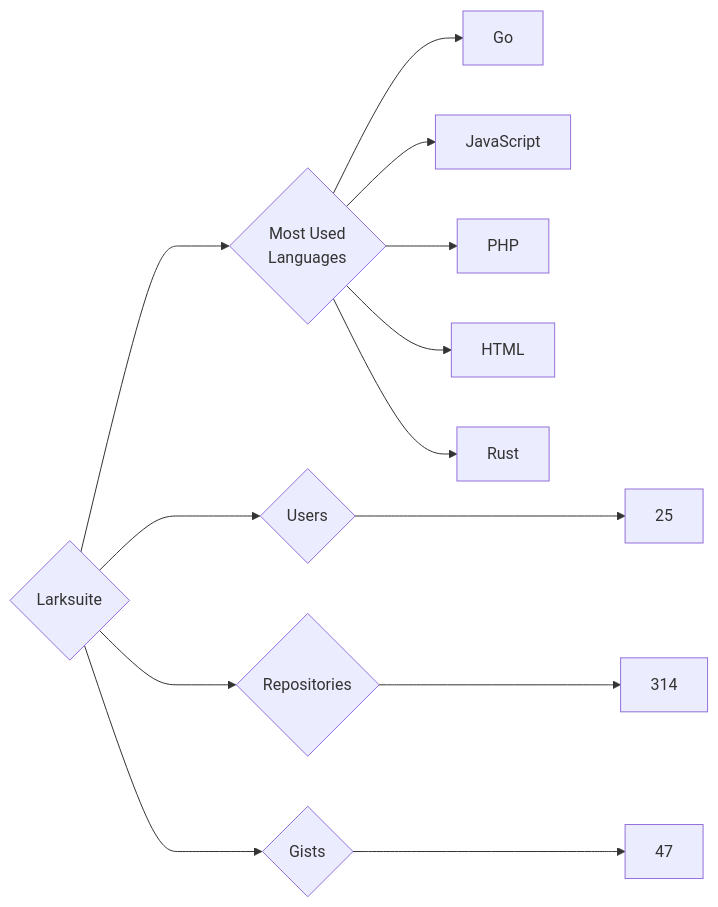
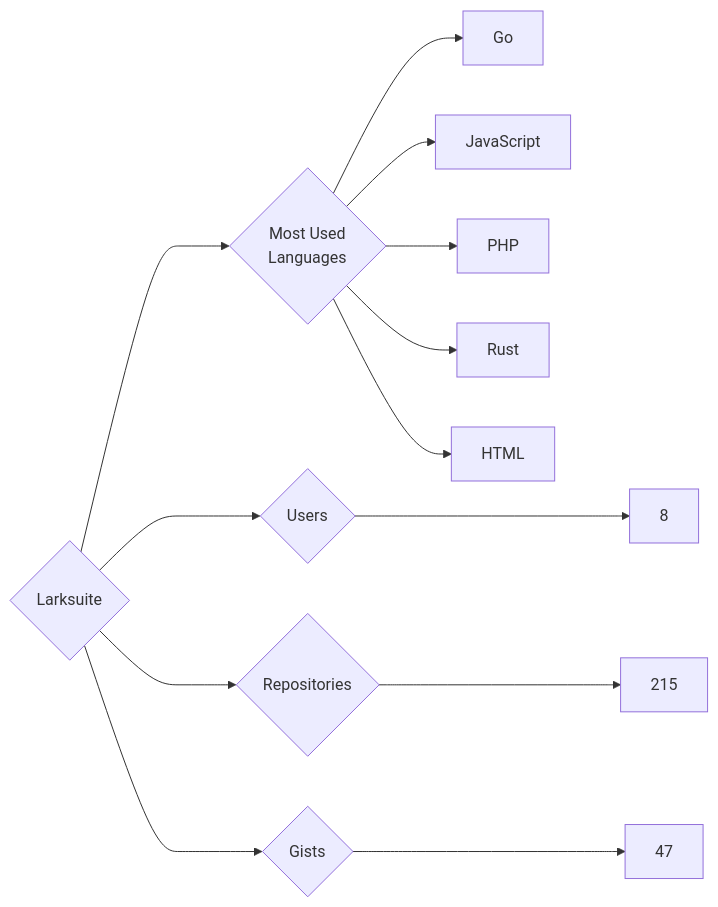
The diagram in targets/Larksuite/README.md (trickest/insiders), drawn with Mermaid before and after one commit. The commit also changed 1248 other files, not shown here.

````diff
--- a/targets/Larksuite/README.md
+++ b/targets/Larksuite/README.md
@@ -3,13 +3,13 @@
 ```mermaid
 graph LR
 COMPANY_NAME{Larksuite}
-COMPANY_NAME ---> U{Users} ---> UN[25]
-COMPANY_NAME ---> R{Repositories} ---> RN[314]
+COMPANY_NAME ---> U{Users} ---> UN[8]
+COMPANY_NAME ---> R{Repositories} ---> RN[215]
 COMPANY_NAME ---> G{Gists} ---> GN[47]
 COMPANY_NAME ---> ML{Most Used<br>Languages}
 ML --> Go[Go]
 ML --> JavaScript[JavaScript]
 ML --> PHP[PHP]
+ML --> Rust[Rust]
 ML --> HTML[HTML]
-ML --> Rust[Rust]
 ```
````
